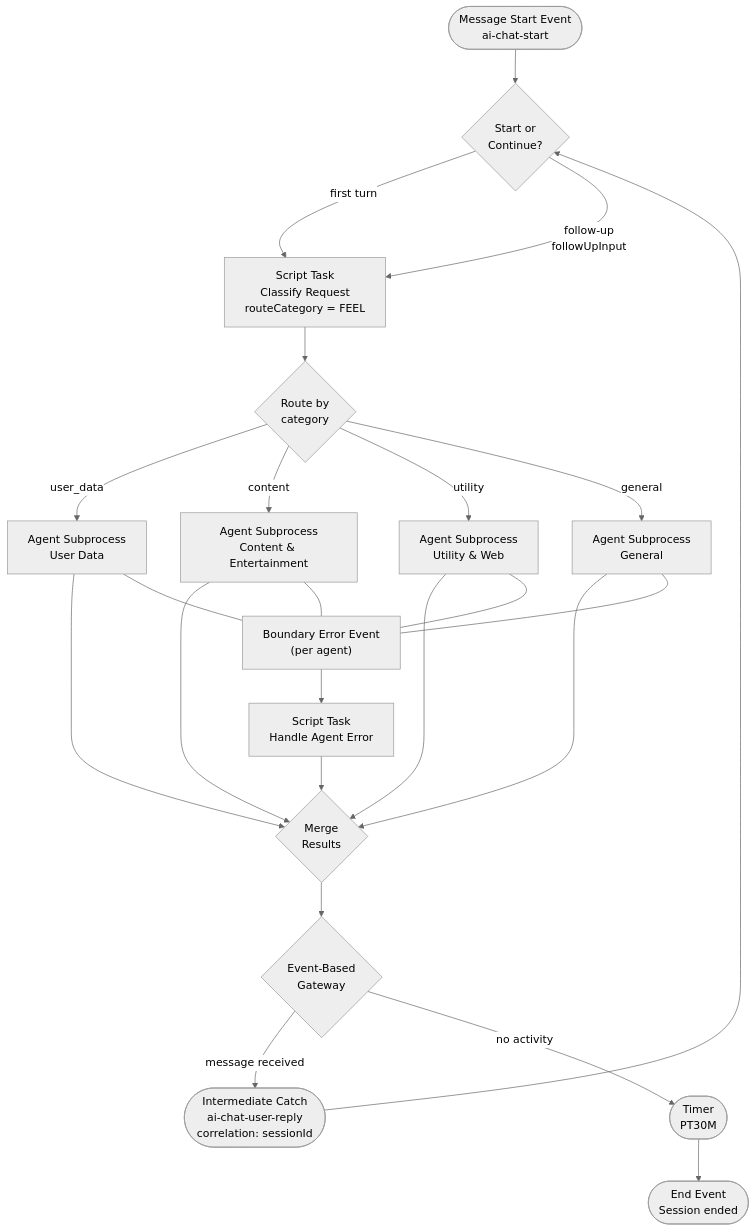
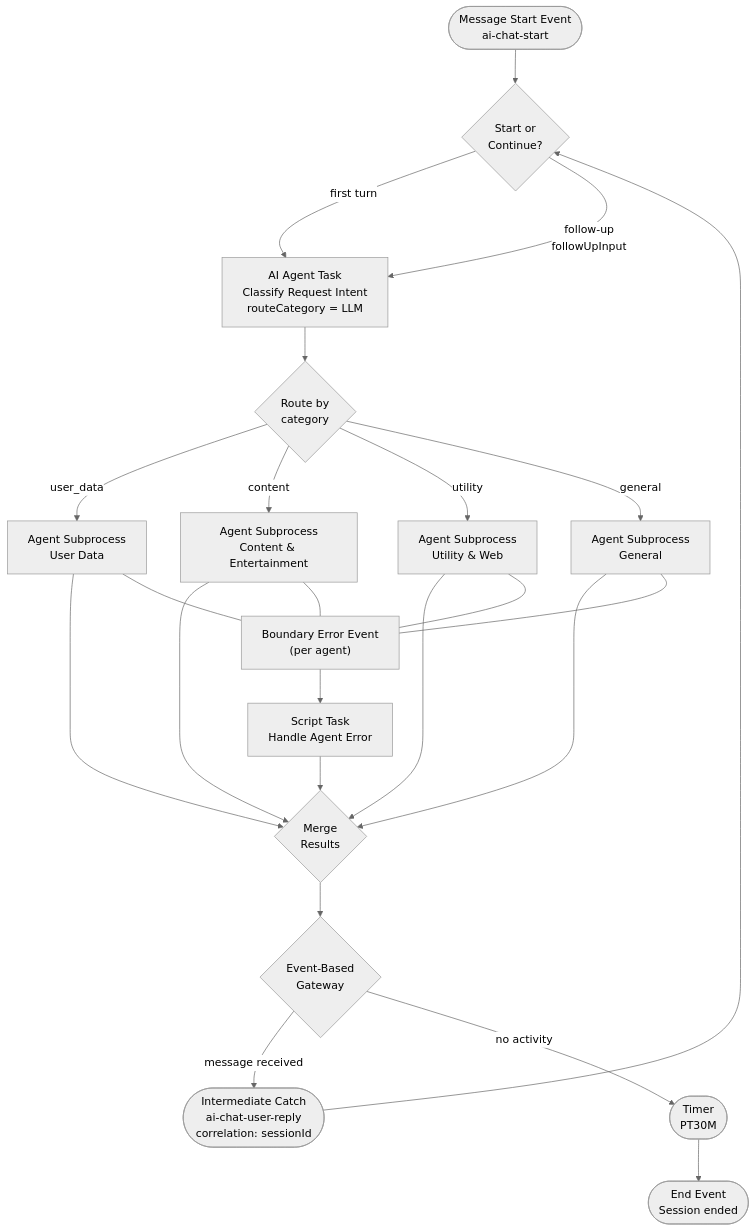
The second of 11 diagrams in DOCUMENTATION.md (Mostafa-Mahmoud818/AI-Agent-Chat-With-Tools), drawn with Mermaid (neutral theme) before and after one commit. The commit also changed other lines of this file, not shown here.

First line of the commit message:
docs: update DOCUMENTATION.md for current architecture and workers

````diff
--- a/DOCUMENTATION.md
+++ b/DOCUMENTATION.md
@@ -115,39 +115,39 @@
 ```mermaid
 flowchart TD
     Start(["Message Start Event\nai-chat-start"])
     GwStartCont{"Start or\nContinue?"}
-    Classify["Script Task\nClassify Request\nrouteCategory = FEEL"]
+    Classify["AI Agent Task\nClassify Request Intent\nrouteCategory = LLM"]
     GwRoute{"Route by\ncategory"}
     UserData["Agent Subprocess\nUser Data"]
     Content["Agent Subprocess\nContent & Entertainment"]
     Utility["Agent Subprocess\nUtility & Web"]
     General["Agent Subprocess\nGeneral"]
     ErrBoundary["Boundary Error Event\n(per agent)"]
     HandleErr["Script Task\nHandle Agent Error"]
     GwMerge{"Merge\nResults"}
     GwWait{"Event-Based\nGateway"}
     MsgReply(["Intermediate Catch\nai-chat-user-reply\ncorrelation: sessionId"])
     Timer(["Timer\nPT30M"])
     EndTimeout(["End Event\nSession ended"])
 
     Start --> GwStartCont
     GwStartCont -->|"first turn"| Classify
     GwStartCont -->|"follow-up\nfollowUpInput"| Classify
     Classify --> GwRoute
     GwRoute -->|"user_data"| UserData
     GwRoute -->|"content"| Content
     GwRoute -->|"utility"| Utility
     GwRoute -->|"general"| General
     UserData --> GwMerge
     Content --> GwMerge
     Utility --> GwMerge
     General --> GwMerge
     UserData --- ErrBoundary
     Content --- ErrBoundary
     Utility --- ErrBoundary
     General --- ErrBoundary
     ErrBoundary --> HandleErr --> GwMerge
     GwMerge --> GwWait
     GwWait -->|"message received"| MsgReply --> GwStartCont
     GwWait -->|"no activity"| Timer --> EndTimeout
 ```
````
